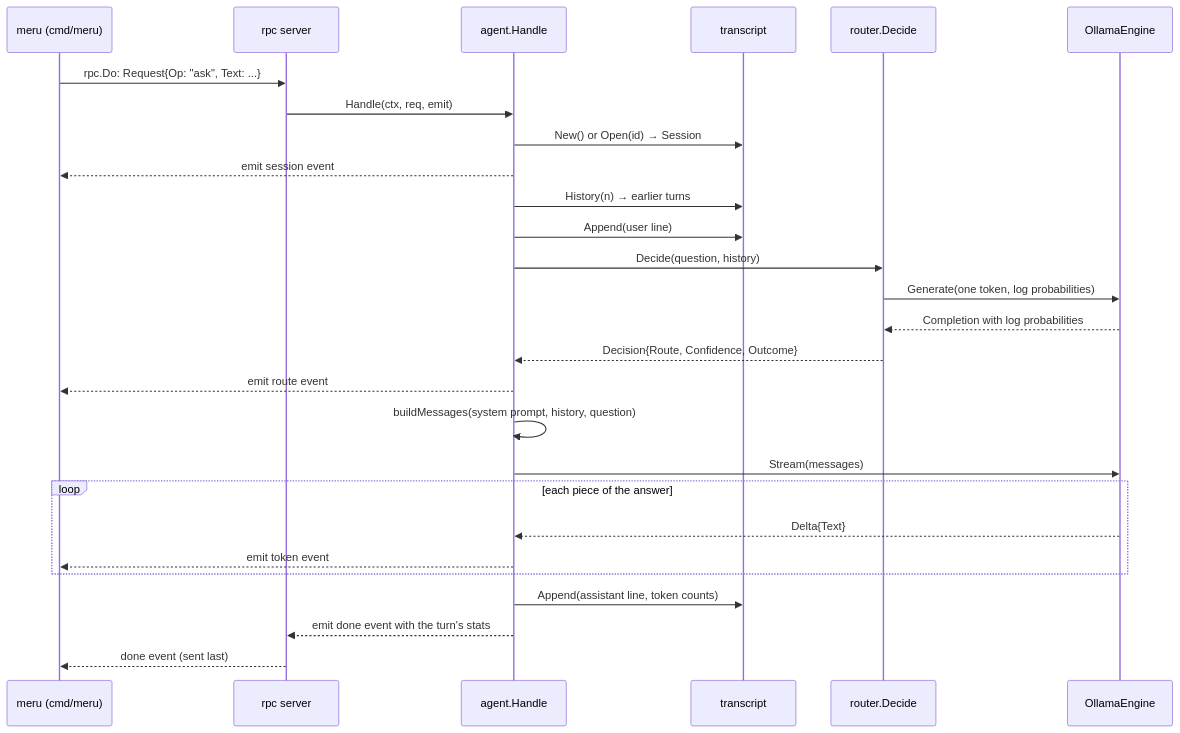
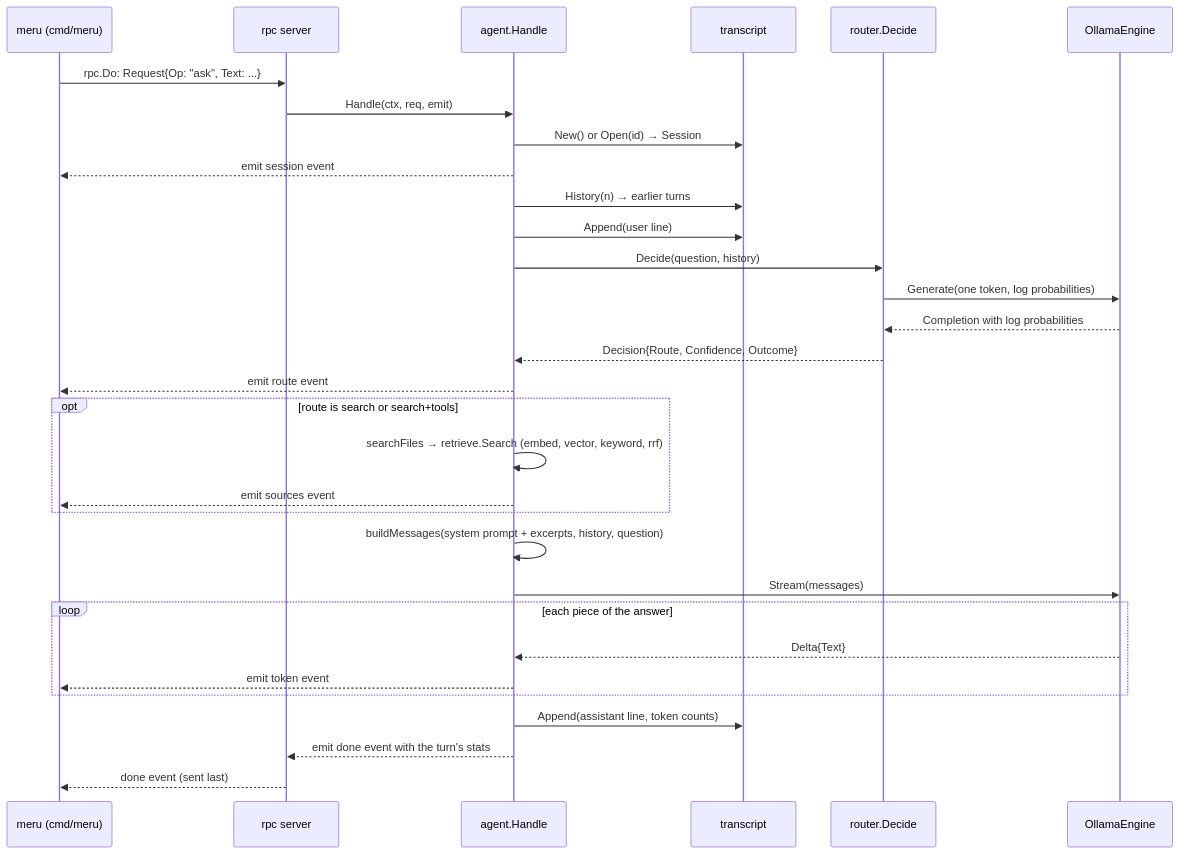
Before and after one commit to aarora79/meru: the third of 3 diagrams in docs/lld.md, drawn with Mermaid. The commit also changed other lines of this file and 20 other files, not shown here.

````diff
--- a/docs/lld.md
+++ b/docs/lld.md
@@ -209,30 +290,34 @@
 ```mermaid
 sequenceDiagram
     participant U as meru (cmd/meru)
     participant S as rpc server
     participant A as agent.Handle
     participant T as transcript
     participant RT as router.Decide
     participant E as OllamaEngine
 
     U->>S: rpc.Do: Request{Op: "ask", Text: ...}
     S->>A: Handle(ctx, req, emit)
     A->>T: New() or Open(id) → Session
     A-->>U: emit session event
     A->>T: History(n) → earlier turns
     A->>T: Append(user line)
     A->>RT: Decide(question, history)
     RT->>E: Generate(one token, log probabilities)
     E-->>RT: Completion with log probabilities
     RT-->>A: Decision{Route, Confidence, Outcome}
     A-->>U: emit route event
-    A->>A: buildMessages(system prompt, history, question)
+    opt route is search or search+tools
+        A->>A: searchFiles → retrieve.Search (embed, vector, keyword, rrf)
+        A-->>U: emit sources event
+    end
+    A->>A: buildMessages(system prompt + excerpts, history, question)
     A->>E: Stream(messages)
     loop each piece of the answer
         E-->>A: Delta{Text}
         A-->>U: emit token event
     end
     A->>T: Append(assistant line, token counts)
     A-->>S: emit done event with the turn's stats
     S-->>U: done event (sent last)
 ```
````
